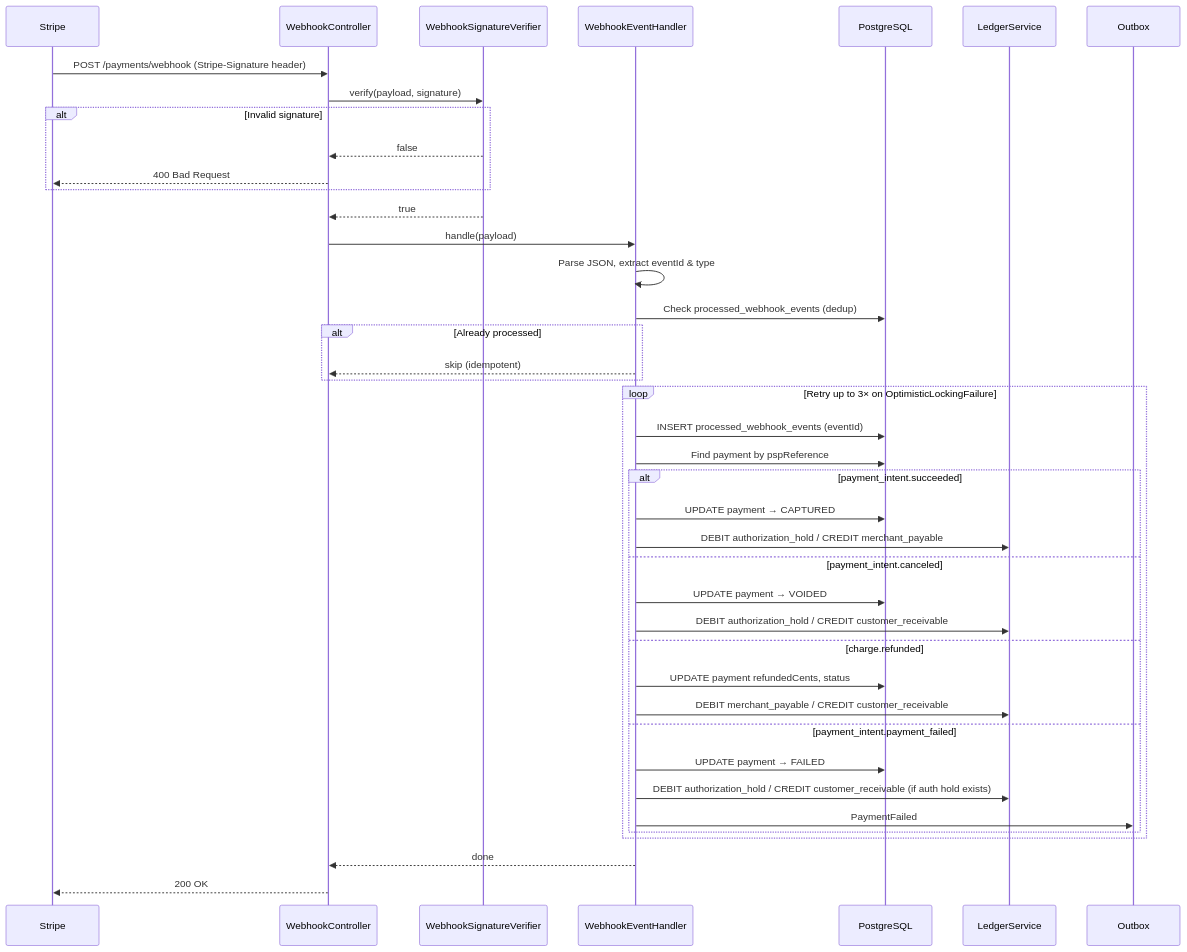
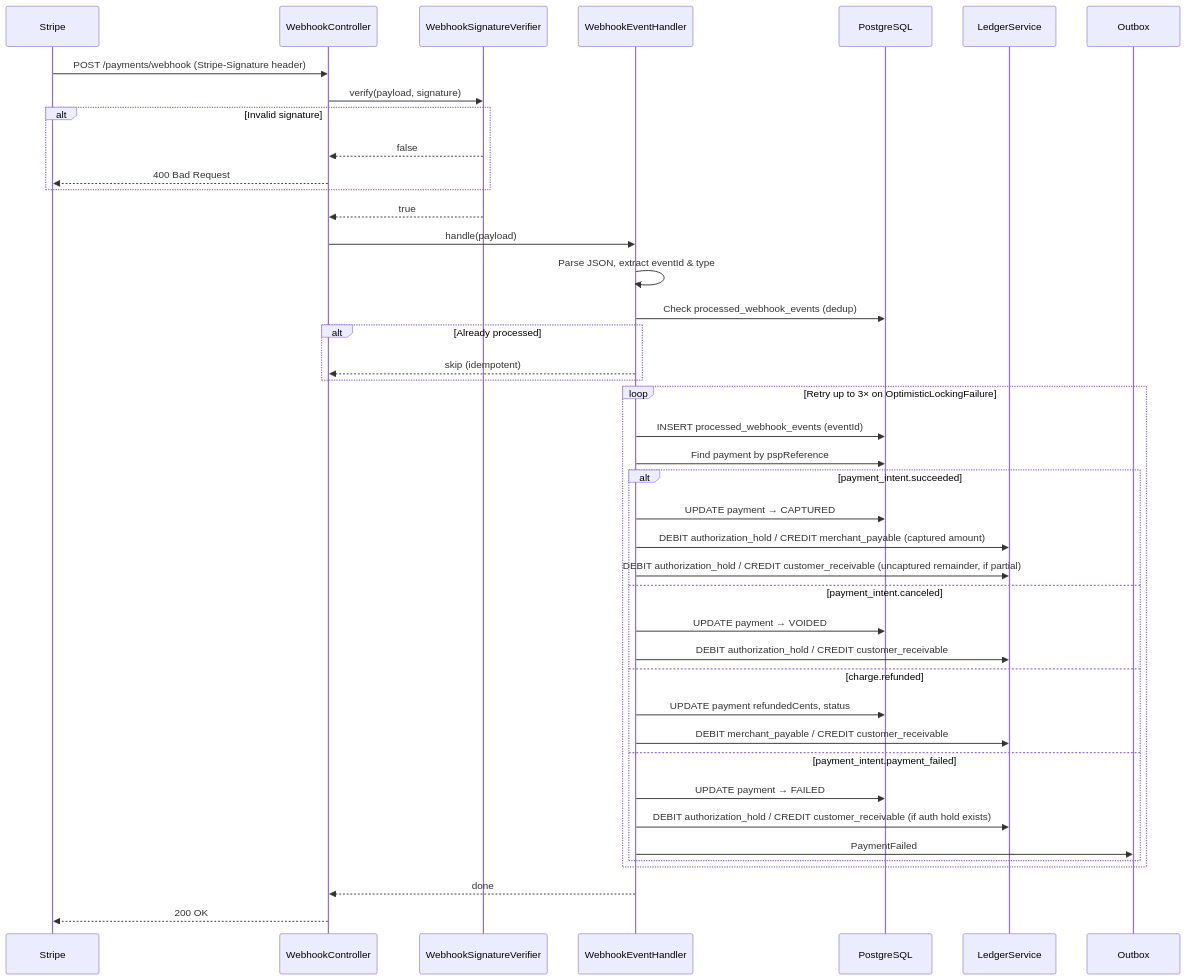
The fourth of 8 diagrams in services/payment-service/README.md (sunitakeazycommerz-a11y/InstaCommerce), drawn with Mermaid before and after one commit. The commit also changed other lines of this file and 6 other files, not shown here.

First line of the commit message:
fix(payment): release partial-capture auth remainder (Wave 12)

````diff
--- a/services/payment-service/README.md
+++ b/services/payment-service/README.md
@@ -157,49 +157,50 @@
 ```mermaid
 sequenceDiagram
     participant Stripe
     participant WebhookController
     participant Verifier as WebhookSignatureVerifier
     participant Handler as WebhookEventHandler
     participant DB as PostgreSQL
     participant Ledger as LedgerService
 
     Stripe->>WebhookController: POST /payments/webhook (Stripe-Signature header)
     WebhookController->>Verifier: verify(payload, signature)
 
     alt Invalid signature
         Verifier-->>WebhookController: false
         WebhookController-->>Stripe: 400 Bad Request
     end
 
     Verifier-->>WebhookController: true
     WebhookController->>Handler: handle(payload)
 
     Handler->>Handler: Parse JSON, extract eventId & type
     Handler->>DB: Check processed_webhook_events (dedup)
     alt Already processed
         Handler-->>WebhookController: skip (idempotent)
     end
 
     loop Retry up to 3× on OptimisticLockingFailure
         Handler->>DB: INSERT processed_webhook_events (eventId)
         Handler->>DB: Find payment by pspReference
 
         alt payment_intent.succeeded
             Handler->>DB: UPDATE payment → CAPTURED
-            Handler->>Ledger: DEBIT authorization_hold / CREDIT merchant_payable
+            Handler->>Ledger: DEBIT authorization_hold / CREDIT merchant_payable (captured amount)
+            Handler->>Ledger: DEBIT authorization_hold / CREDIT customer_receivable (uncaptured remainder, if partial)
         else payment_intent.canceled
             Handler->>DB: UPDATE payment → VOIDED
             Handler->>Ledger: DEBIT authorization_hold / CREDIT customer_receivable
         else charge.refunded
             Handler->>DB: UPDATE payment refundedCents, status
             Handler->>Ledger: DEBIT merchant_payable / CREDIT customer_receivable
         else payment_intent.payment_failed
             Handler->>DB: UPDATE payment → FAILED
             Handler->>Ledger: DEBIT authorization_hold / CREDIT customer_receivable (if auth hold exists)
             Handler->>Outbox: PaymentFailed
         end
     end
 
     Handler-->>WebhookController: done
     WebhookController-->>Stripe: 200 OK
 ```
````
